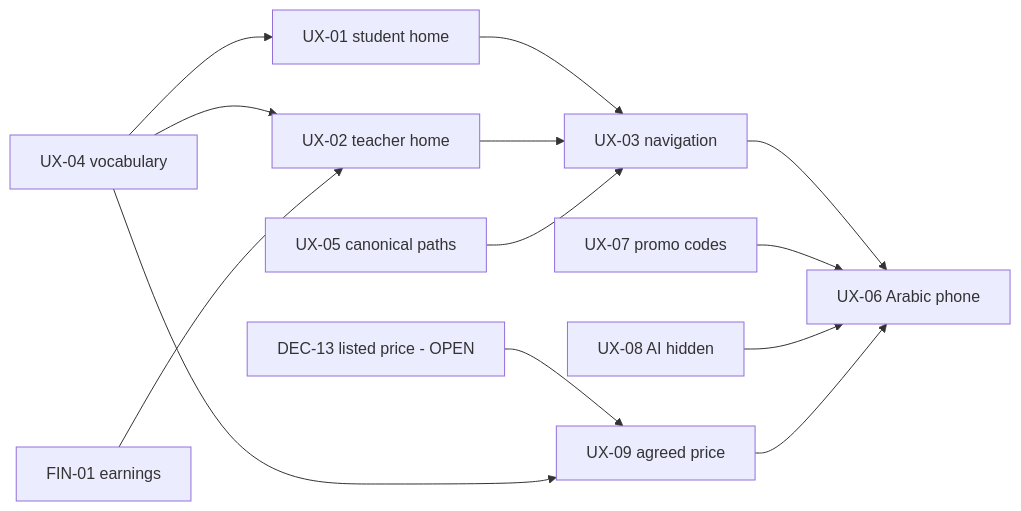
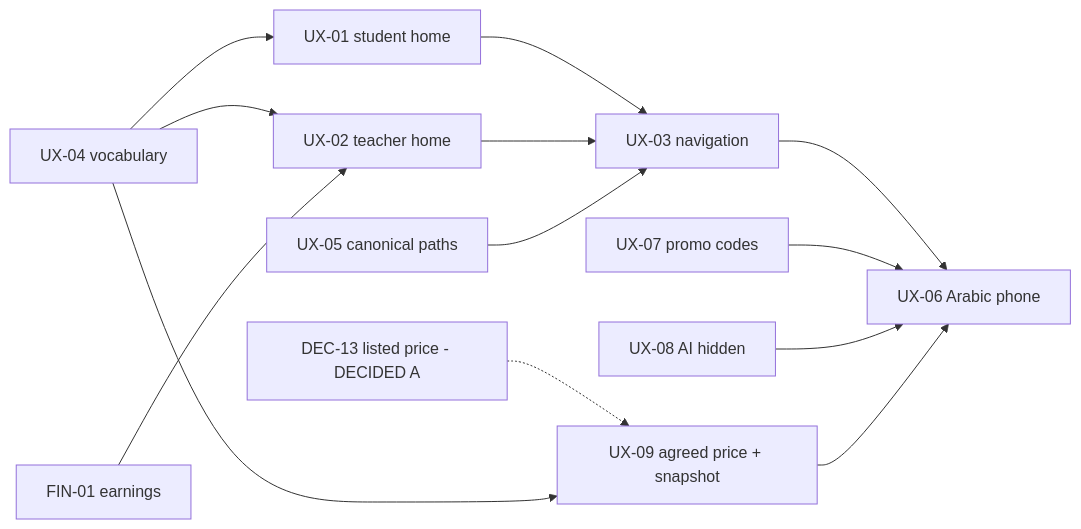
The diagram in docs/tickets/v1/README.md (hishamalwy/Tafseel), drawn with Mermaid before and after one commit. The commit also changed other lines of this file and 8 other files, not shown here.

First line of the commit message:
docs(release): record DEC-13 (Option A) - immutable listed price at Direct Request creation

````diff
--- a/docs/tickets/v1/README.md
+++ b/docs/tickets/v1/README.md
@@ -25,15 +25,15 @@
 ```mermaid
 flowchart LR
   UX04[UX-04 vocabulary] --> UX01[UX-01 student home]
   UX04 --> UX02[UX-02 teacher home]
   FIN01[FIN-01 earnings] --> UX02
   UX01 --> UX03[UX-03 navigation]
   UX02 --> UX03
   UX05[UX-05 canonical paths] --> UX03
-  D13[DEC-13 listed price - OPEN] --> UX09[UX-09 agreed price]
+  D13[DEC-13 listed price - DECIDED A] -.-> UX09[UX-09 agreed price + snapshot]
   UX04 --> UX09
   UX03 --> UX06[UX-06 Arabic phone]
   UX07[UX-07 promo codes] --> UX06
   UX08[UX-08 AI hidden] --> UX06
   UX09 --> UX06
 ```
````
